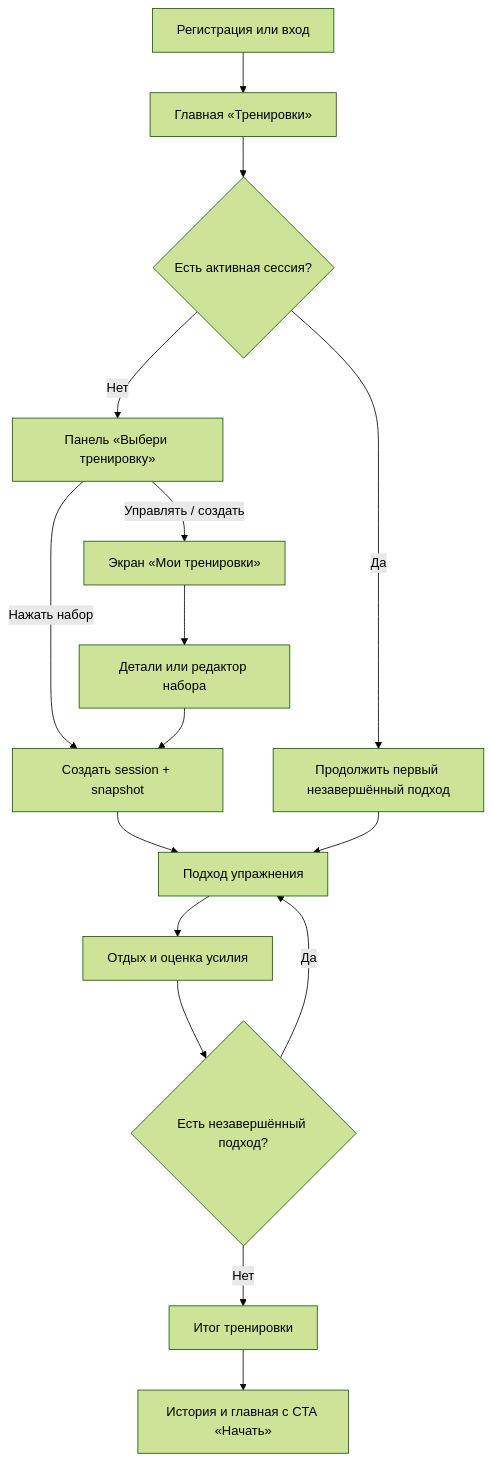
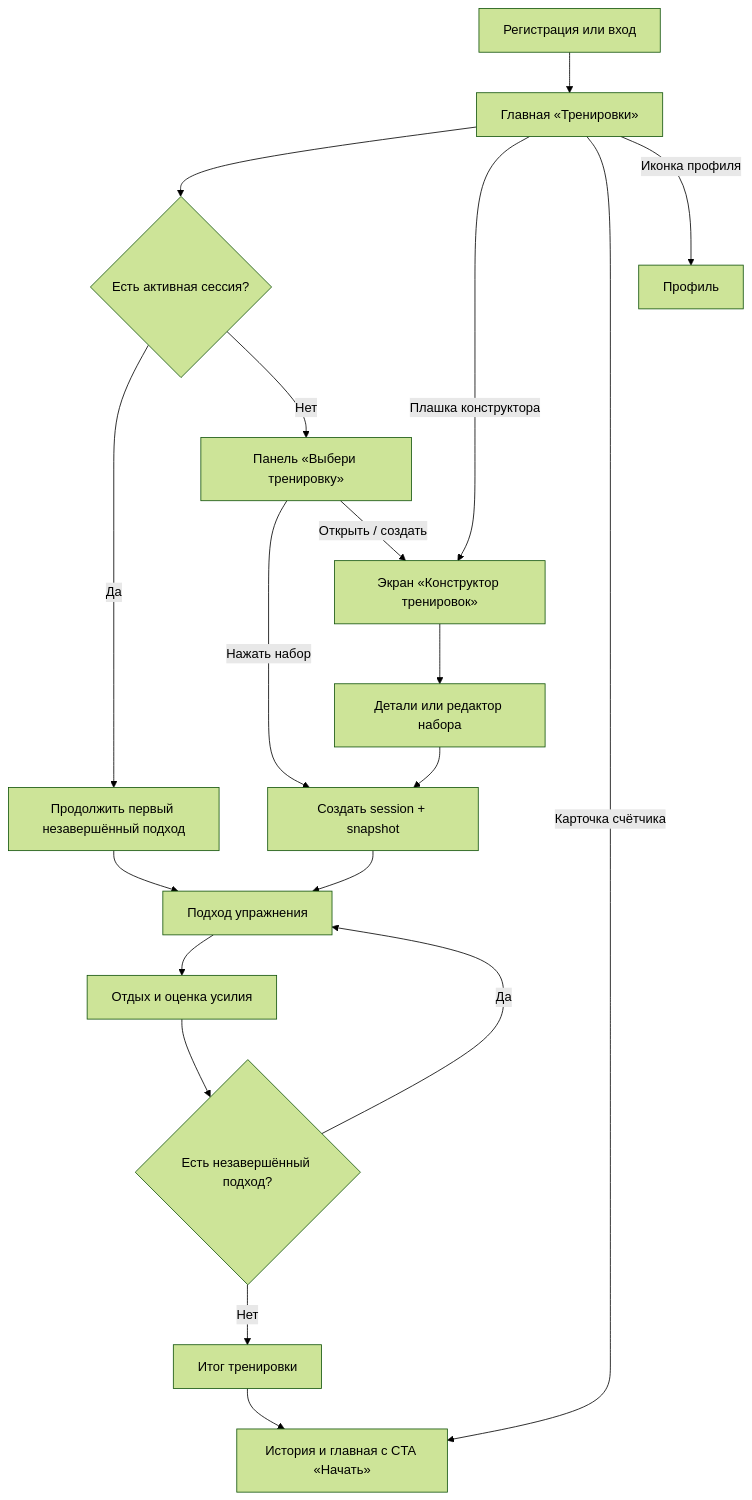
One commit to ekhrapachev/calisthenics_cycle changed the diagram in docs/product/main-user-flow.md. Above: the diagram before and after it, drawn with Mermaid (forest theme). The commit also changed other lines of this file and 19 other files, not shown here.

````diff
--- a/docs/product/main-user-flow.md
+++ b/docs/product/main-user-flow.md
@@ -13,18 +13,21 @@
 ```mermaid
 flowchart TD
     A["Регистрация или вход"] --> B["Главная «Тренировки»"]
     B --> C{"Есть активная сессия?"}
     C -- "Да" --> R["Продолжить первый незавершённый подход"]
     C -- "Нет" --> P["Панель «Выбери тренировку»"]
     P -->|Нажать набор| S["Создать session + snapshot"]
-    P -->|Управлять / создать| L["Экран «Мои тренировки»"]
+    P -->|Открыть / создать| L["Экран «Конструктор тренировок»"]
+    B -->|Плашка конструктора| L
+    B -->|Карточка счётчика| I
+    B -->|Иконка профиля| PR["Профиль"]
     L --> D["Детали или редактор набора"]
     D --> S
     S --> E["Подход упражнения"]
     R --> E
     E --> F["Отдых и оценка усилия"]
     F --> G{"Есть незавершённый подход?"}
     G -- "Да" --> E
     G -- "Нет" --> H["Итог тренировки"]
     H --> I["История и главная с CTA «Начать»"]
 ```
````
